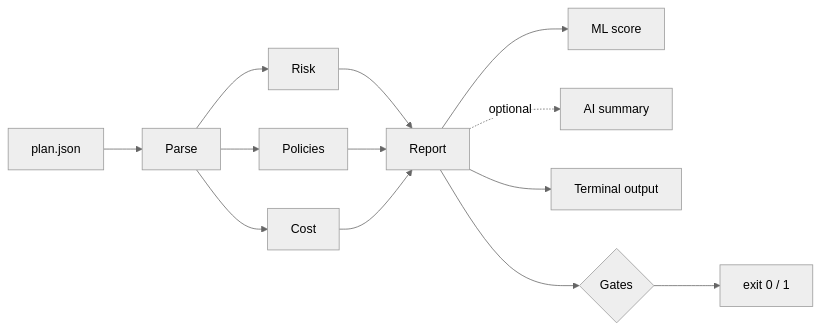
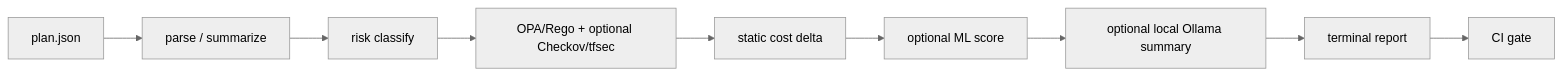
The diagram in README.md (SamyBaouche/tfguard), drawn with Mermaid (neutral theme) before and after one commit. The commit also changed other lines of this file, not shown here.

Commit message:
docs: senior README with risk model, policies, limits and roadmap

````diff
--- a/README.md
+++ b/README.md
@@ -180,15 +39,11 @@
 ```mermaid
 flowchart LR
-  A[plan.json] --> B[Parse]
-  B --> C[Risk]
-  B --> D[Policies]
-  B --> E[Cost]
-  C --> R[Report]
-  D --> R
-  E --> R
-  R --> F[ML score]
-  R -. optional .-> G[AI summary]
-  R --> H[Terminal output]
-  R --> I{Gates}
-  I --> J[exit 0 / 1]
+  A["plan.json"] --> B["parse / summarize"]
+  B --> C["risk classify"]
+  C --> D["OPA/Rego + optional Checkov/tfsec"]
+  D --> E["static cost delta"]
+  E --> F["optional ML score"]
+  F --> G["optional local Ollama summary"]
+  G --> H["terminal report"]
+  H --> I["CI gate"]
 ```
````
